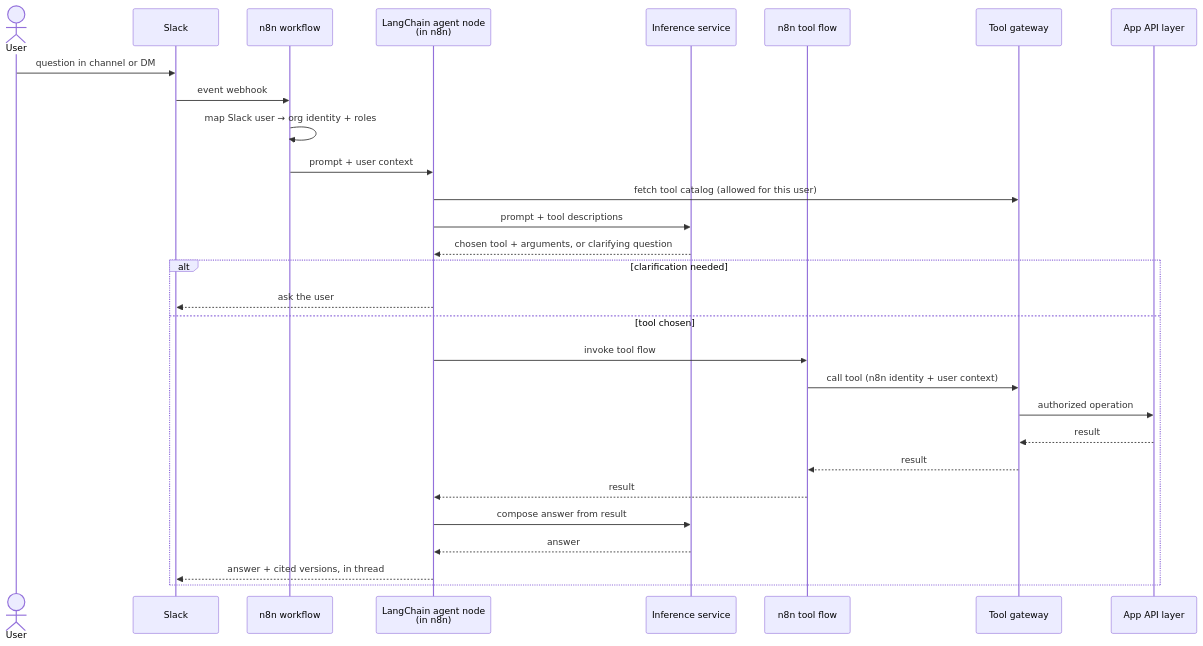
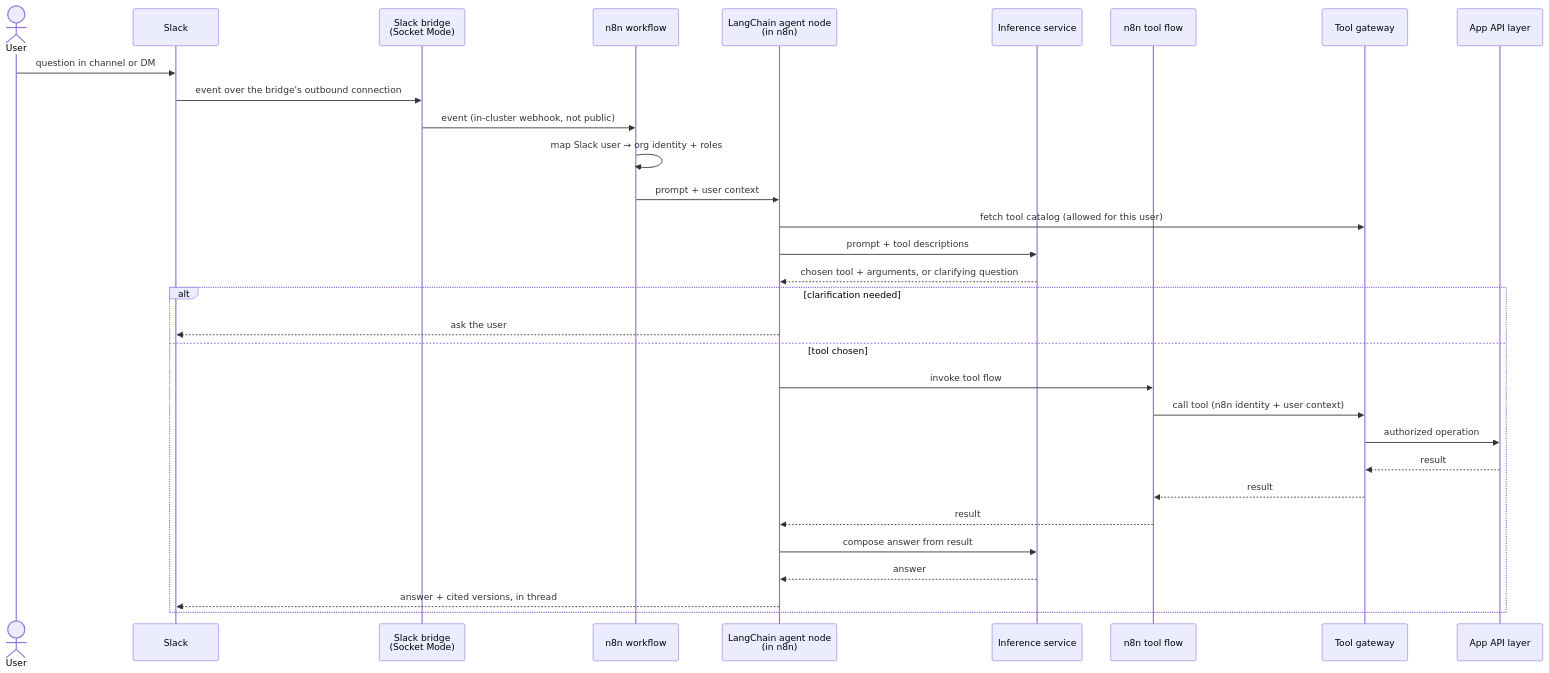
The seventh of 10 diagrams in docs/goal-state.md (monkeywidget/Cmacc-Org), drawn with Mermaid before and after one commit. The commit also changed other lines of this file and 13 other files, not shown here.

````diff
--- a/docs/goal-state.md
+++ b/docs/goal-state.md
@@ -292,32 +294,34 @@
 ```mermaid
 sequenceDiagram
   actor U as User
   participant S as Slack
+  participant B as Slack bridge<br/>(Socket Mode)
   participant N as n8n workflow
   participant LC as LangChain agent node<br/>(in n8n)
   participant L as Inference service
   participant TF as n8n tool flow
   participant G as Tool gateway
   participant API as App API layer
 
   U->>S: question in channel or DM
-  S->>N: event webhook
+  S->>B: event over the bridge's outbound connection
+  B->>N: event (in-cluster webhook, not public)
   N->>N: map Slack user → org identity + roles
   N->>LC: prompt + user context
   LC->>G: fetch tool catalog (allowed for this user)
   LC->>L: prompt + tool descriptions
   L-->>LC: chosen tool + arguments, or clarifying question
   alt clarification needed
     LC-->>S: ask the user
   else tool chosen
     LC->>TF: invoke tool flow
     TF->>G: call tool (n8n identity + user context)
     G->>API: authorized operation
     API-->>G: result
     G-->>TF: result
     TF-->>LC: result
     LC->>L: compose answer from result
     L-->>LC: answer
     LC-->>S: answer + cited versions, in thread
   end
 ```
````
